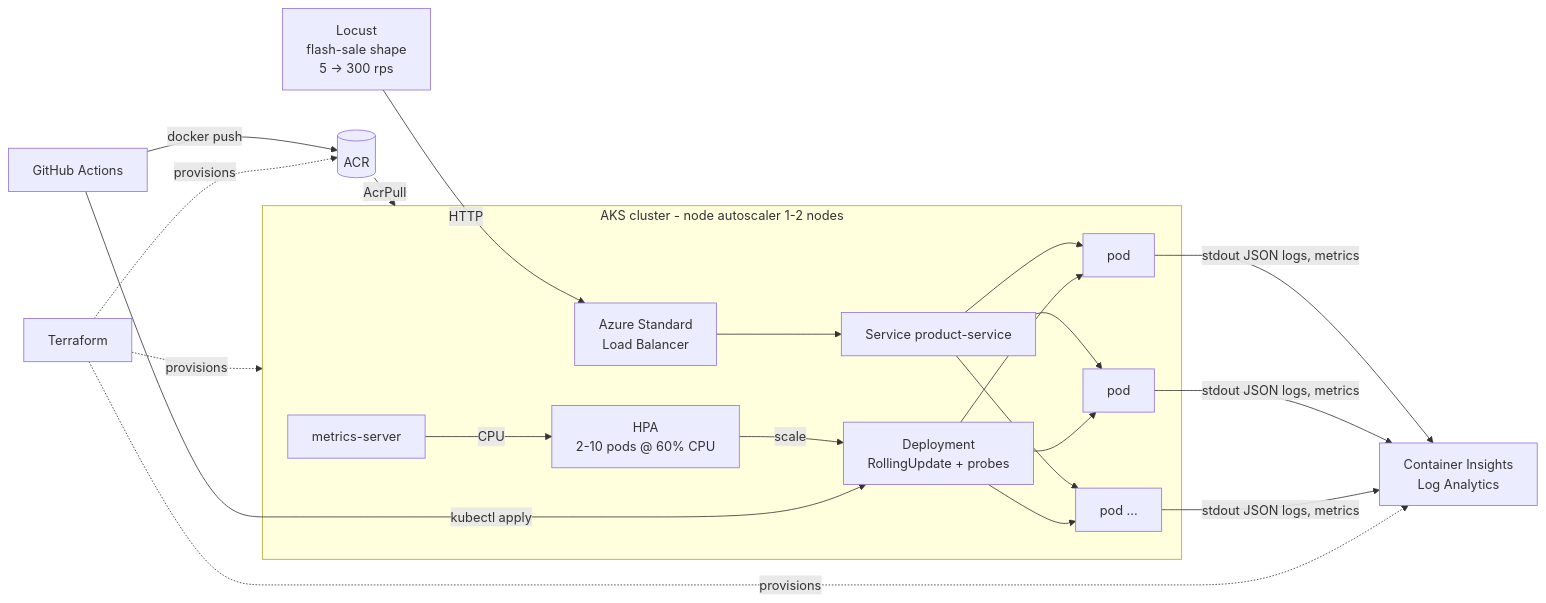
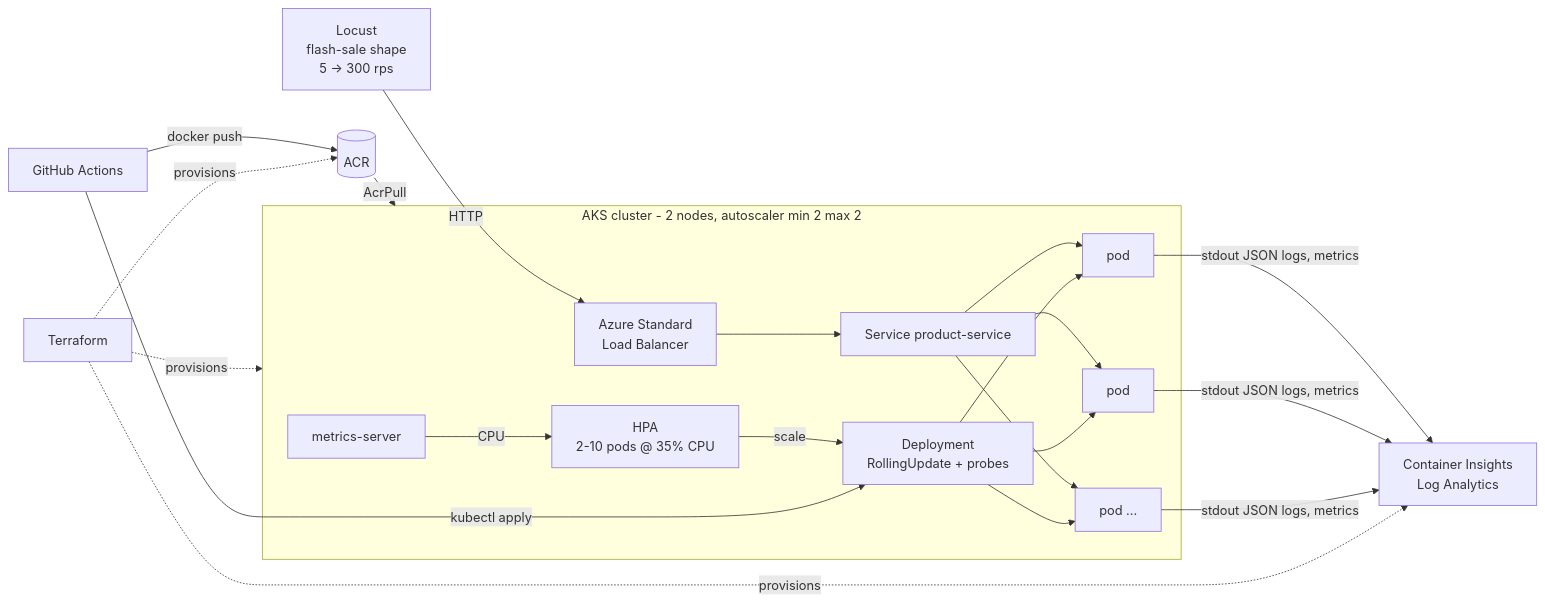
One commit to ir-Head310/CCD-Project changed the diagram in README.md. Above: the diagram before and after it, drawn with Mermaid. The commit also changed other lines of this file and 2 other files, not shown here.

````diff
--- a/README.md
+++ b/README.md
@@ -24,16 +24,16 @@
 ```mermaid
 flowchart LR
   L[Locust<br/>flash-sale shape<br/>5 → 300 rps] -->|HTTP| LB[Azure Standard<br/>Load Balancer]
-  subgraph AKS[AKS cluster - node autoscaler 1-2 nodes]
+  subgraph AKS[AKS cluster - 2 nodes, autoscaler min 2 max 2]
     LB --> S[Service product-service]
     S --> P1[pod] & P2[pod] & P3[pod ...]
-    MS[metrics-server] -->|CPU| HPA[HPA<br/>2-10 pods @ 60% CPU]
+    MS[metrics-server] -->|CPU| HPA[HPA<br/>2-10 pods @ 35% CPU]
     HPA -->|scale| D[Deployment<br/>RollingUpdate + probes]
     D --> P1 & P2 & P3
   end
   P1 & P2 & P3 -->|stdout JSON logs, metrics| CI[Container Insights<br/>Log Analytics]
   GH[GitHub Actions] -->|docker push| ACR[(ACR)]
   GH -->|kubectl apply| D
   ACR -->|AcrPull| AKS
   TF[Terraform] -.provisions.-> AKS & ACR & CI
 ```
````
